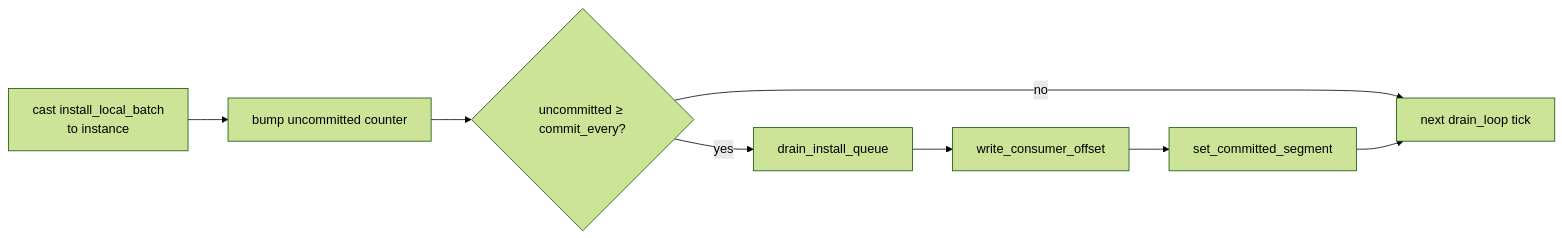
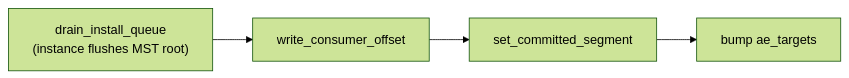
One commit to bondy-io/bondy changed the fifth of 8 diagrams in apps/bondy_db/doc_extras/architecture/04_applier.md. Above: the diagram before and after it, drawn with Mermaid (forest theme). The commit also changed other lines of this file and 449 other files, not shown here.

````diff
--- a/apps/bondy_db/doc_extras/architecture/04_applier.md
+++ b/apps/bondy_db/doc_extras/architecture/04_applier.md
@@ -234,14 +278,9 @@
 ```mermaid
 flowchart LR
-    INSTALL["cast install_local_batch<br/>to instance"]
-    BUMP["bump uncommitted counter"]
-    THRESH{"uncommitted ≥ commit_every?"}
-    DRAIN["drain_install_queue"]
+    DRAIN["drain_install_queue<br/>(instance flushes MST root)"]
     OFFSET["write_consumer_offset"]
     SEG["set_committed_segment"]
-    LOOP["next drain_loop tick"]
+    AE["bump ae_targets"]
 
-    INSTALL --> BUMP --> THRESH
-    THRESH -->|no| LOOP
-    THRESH -->|yes| DRAIN --> OFFSET --> SEG --> LOOP
+    DRAIN --> OFFSET --> SEG --> AE
 ```
````
